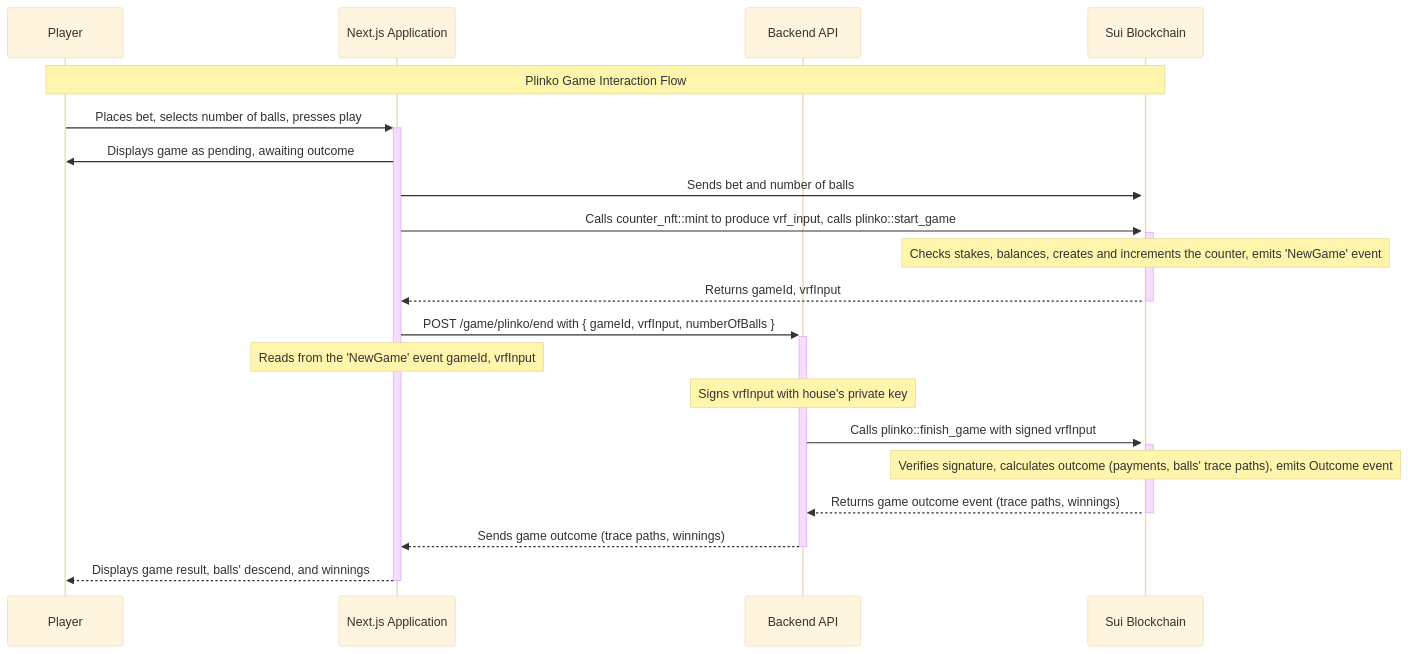
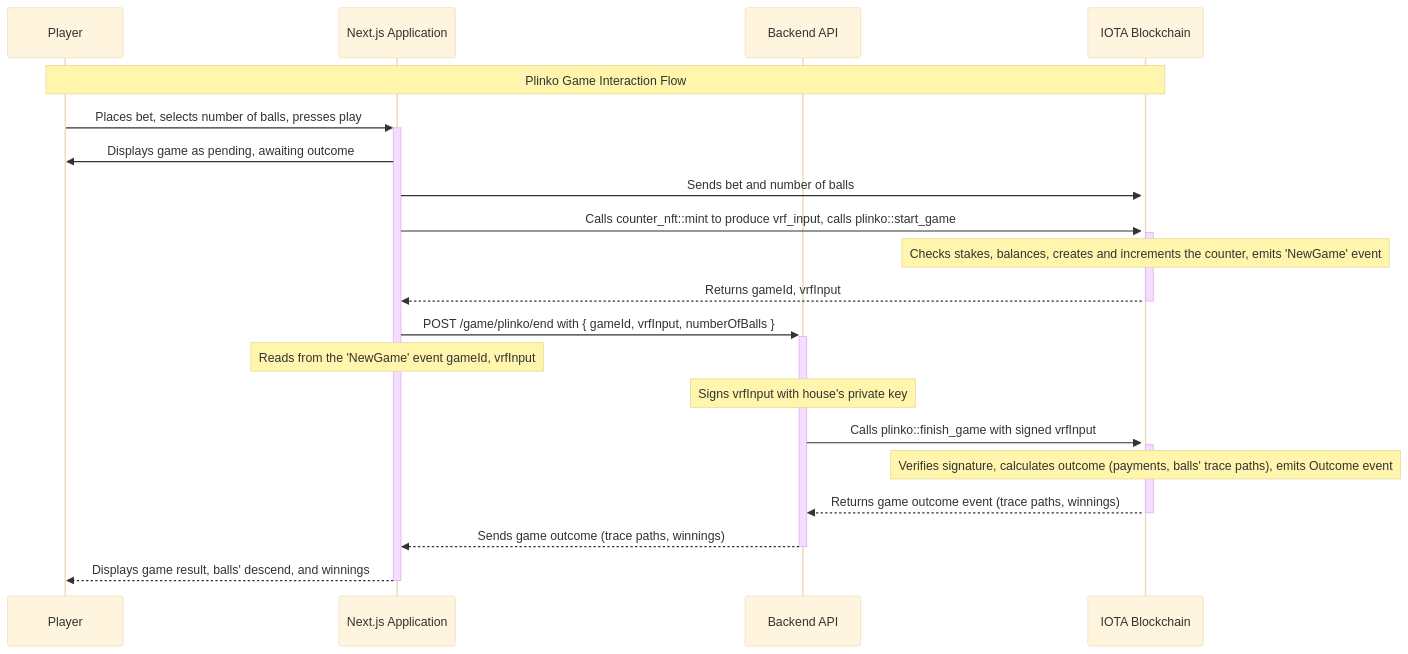
Before and after one commit to rafnixschaf/iota: the diagram in docs/content/guides/developer/app-examples/plinko.mdx, drawn with Mermaid (base theme). The commit also changed other lines of this file and 9928 other files, not shown here.

````diff
--- a/docs/content/guides/developer/app-examples/plinko.mdx
+++ b/docs/content/guides/developer/app-examples/plinko.mdx
@@ -25,24 +25,24 @@
 ```mermaid
 sequenceDiagram
     participant Player as Player
     participant UI as Next.js Application
     participant API as Backend API
-    participant Blockchain as Sui Blockchain
+    participant Blockchain as IOTA Blockchain
 
     Note over Player, Blockchain: Plinko Game Interaction Flow
 
     Player->>+UI: Places bet, selects number of balls, presses play
     UI->>Player: Displays game as pending, awaiting outcome
     UI->>+Blockchain: Sends bet and number of balls
     UI->>+Blockchain: Calls counter_nft::mint to produce vrf_input, calls plinko::start_game
     Note over Blockchain: Checks stakes, balances, creates and increments the counter, emits 'NewGame' event
     Blockchain-->>-UI: Returns gameId, vrfInput
     UI->>+API: POST /game/plinko/end with { gameId, vrfInput, numberOfBalls }
     Note over UI: Reads from the 'NewGame' event gameId, vrfInput
     Note over API: Signs vrfInput with house's private key
     API->>+Blockchain: Calls plinko::finish_game with signed vrfInput
     Note over Blockchain: Verifies signature, calculates outcome (payments, balls' trace paths), emits Outcome event
     Blockchain-->>-API: Returns game outcome event (trace paths, winnings)
     API-->>-UI: Sends game outcome (trace paths, winnings)
     UI-->>-Player: Displays game result, balls' descend, and winnings
 ```
````
